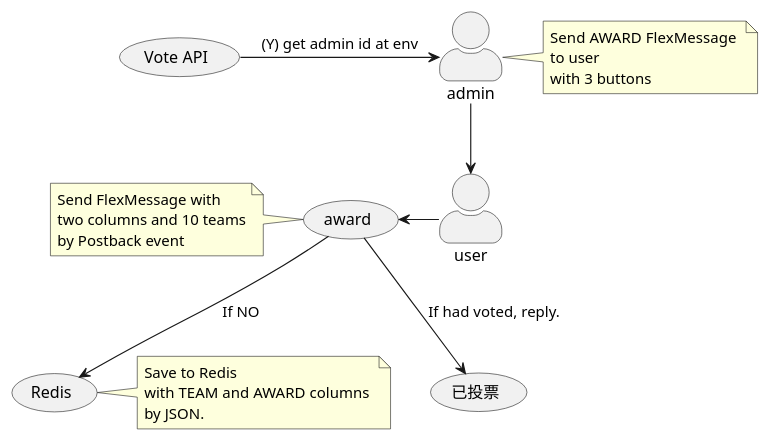
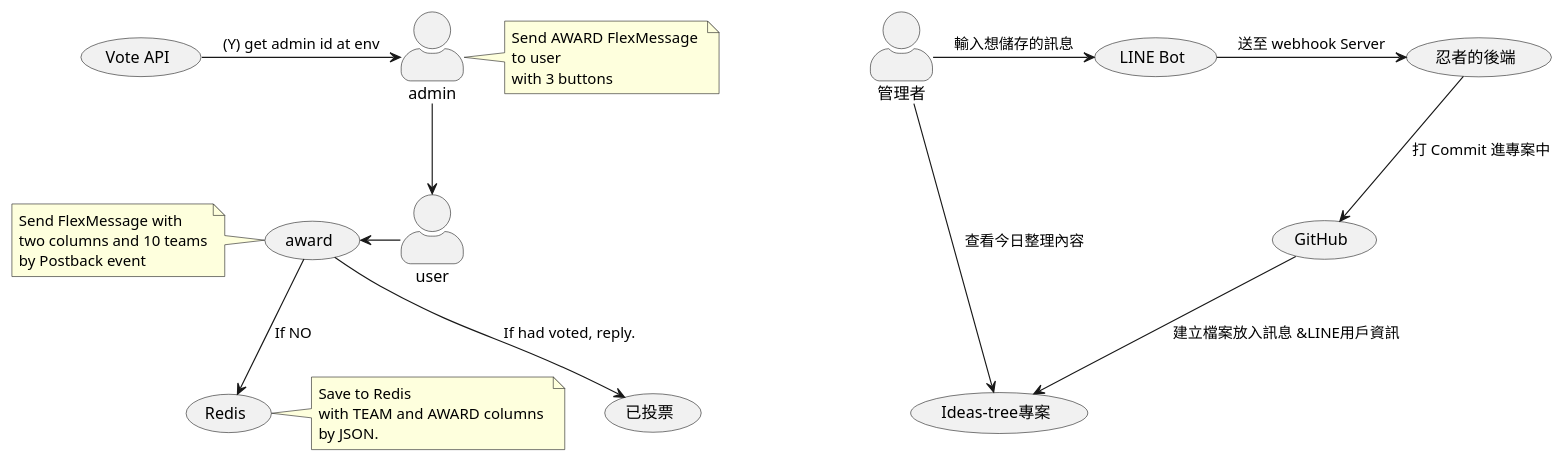
The diagram in source/diagrams/src/diagrams.wsd (louis70109/nijia-blog-backup), drawn with PlantUML before and after one commit. The commit also changed 1 other file, not shown here.

```diff
--- a/source/diagrams/src/diagrams.wsd
+++ b/source/diagrams/src/diagrams.wsd
@@ -1,27 +1,33 @@
 @startuml
 skinparam actorStyle awesome
 (Vote API)->admin: (Y) get admin id at env
 admin-->user
 
 note right of admin
   Send AWARD FlexMessage 
   to user
   with 3 buttons
 end note 
 
 user-left->(award)
 note left of (award)
   Send FlexMessage with 
   two columns and 10 teams
   by Postback event
 end note 
 
 (award)-down->(已投票): If had voted, reply.
 (award)-down->(Redis): If NO
 note left of (Redis)
   Save to Redis 
   with TEAM and AWARD columns 
   by JSON.
 end note 
 
+
+管理者->(LINE Bot): 輸入想儲存的訊息
+(LINE Bot)->(忍者的後端): 送至 webhook Server
+(忍者的後端)-down->(GitHub): 打 Commit 進專案中
+(GitHub)-->(Ideas-tree專案): 建立檔案放入訊息 &LINE用戶資訊
+管理者-->(Ideas-tree專案): 查看今日整理內容
 @enduml
```
